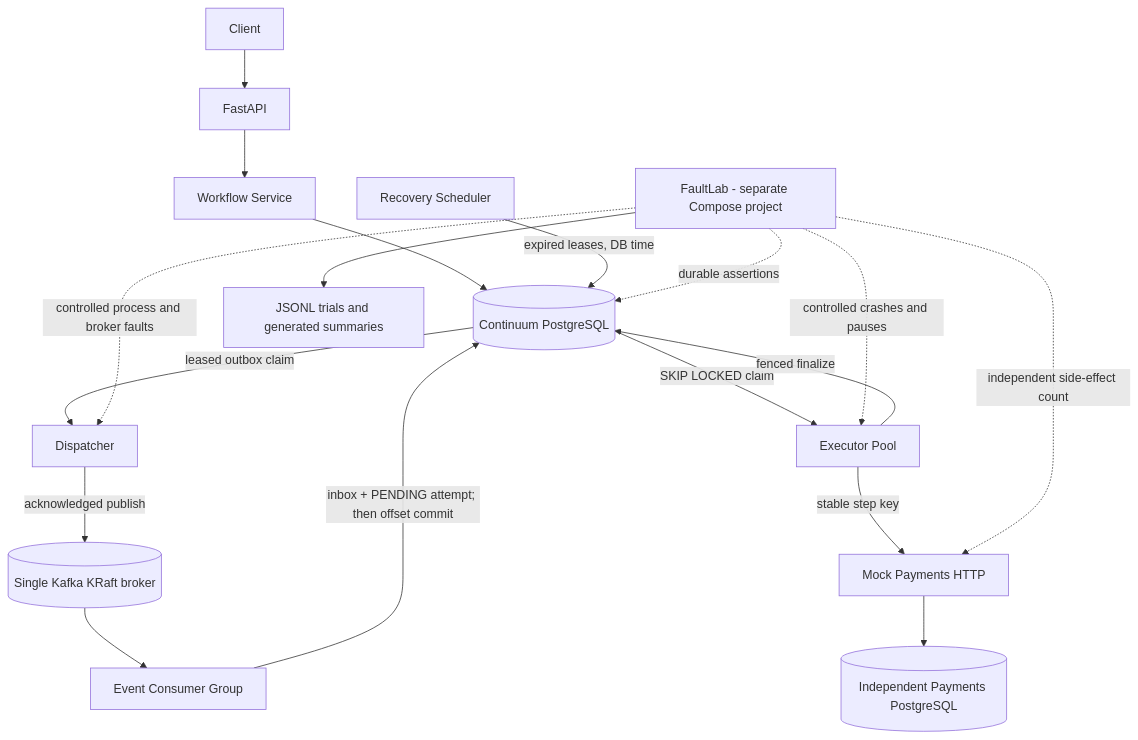
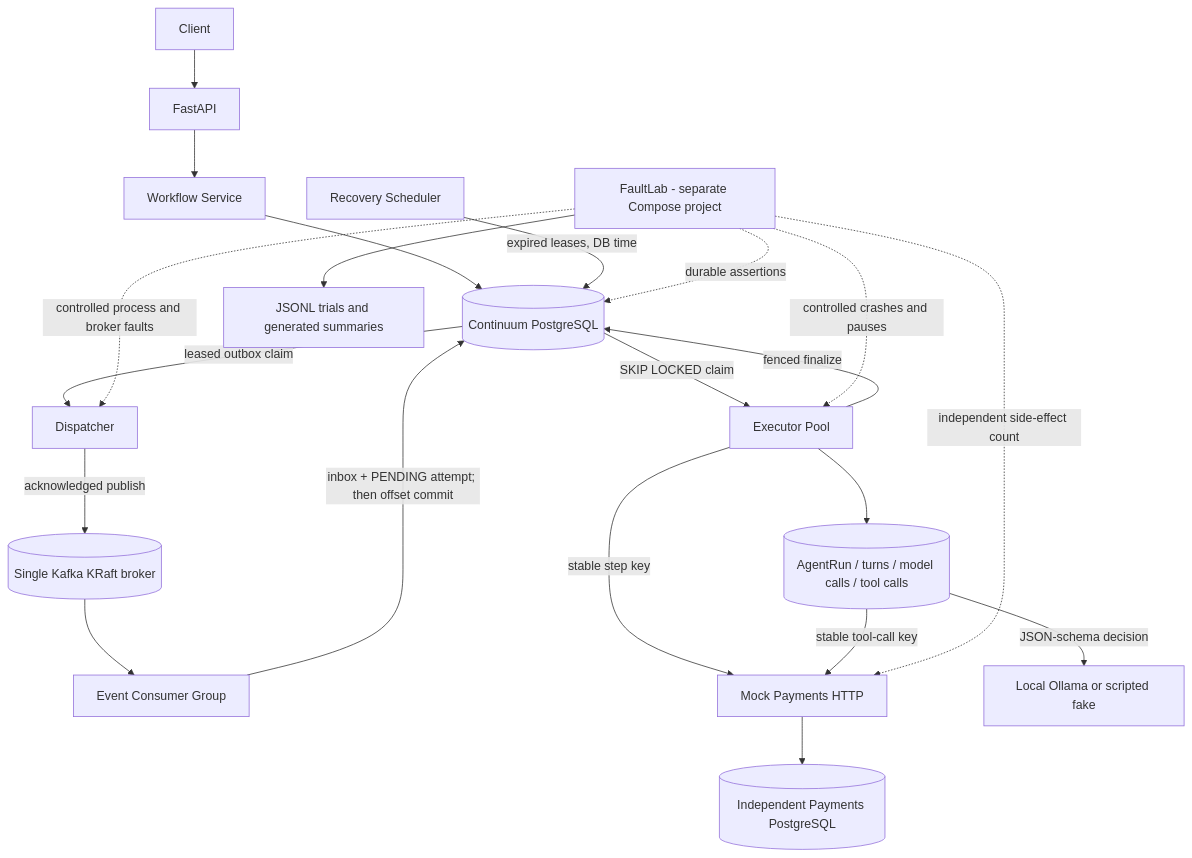
One commit to patelanush/Continuum changed the diagram in README.md. Above: the diagram before and after it, drawn with Mermaid. The commit also changed other lines of this file and 34 other files, not shown here.

````diff
--- a/README.md
+++ b/README.md
@@ -21,20 +25,23 @@
 ```mermaid
 flowchart TD
     Client --> API[FastAPI]
     API --> WS[Workflow Service]
     WS --> PG[(Continuum PostgreSQL)]
     PG -->|leased outbox claim| D[Dispatcher]
     D -->|acknowledged publish| K[(Single Kafka KRaft broker)]
     K --> C[Event Consumer Group]
     C -->|inbox + PENDING attempt; then offset commit| PG
     PG -->|SKIP LOCKED claim| E[Executor Pool]
     E -->|stable step key| M[Mock Payments HTTP]
+    E --> AR[(AgentRun / turns / model calls / tool calls)]
+    AR -->|JSON-schema decision| O[Local Ollama or scripted fake]
+    AR -->|stable tool-call key| M
     M --> MP[(Independent Payments PostgreSQL)]
     E -->|fenced finalize| PG
     R[Recovery Scheduler] -->|expired leases, DB time| PG
     F[FaultLab - separate Compose project] -.->|controlled process and broker faults| D
     F -.->|controlled crashes and pauses| E
     F -.->|durable assertions| PG
     F -.->|independent side-effect count| M
     F --> A[JSONL trials and generated summaries]
 ```
````
